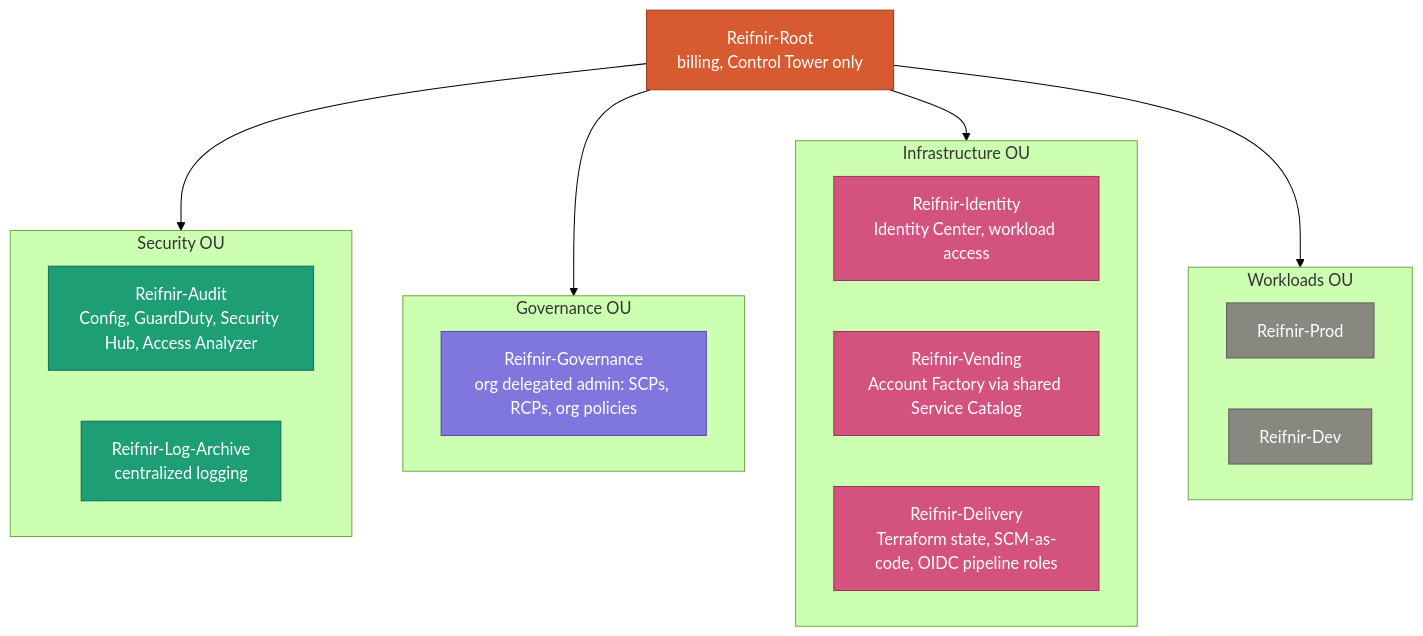
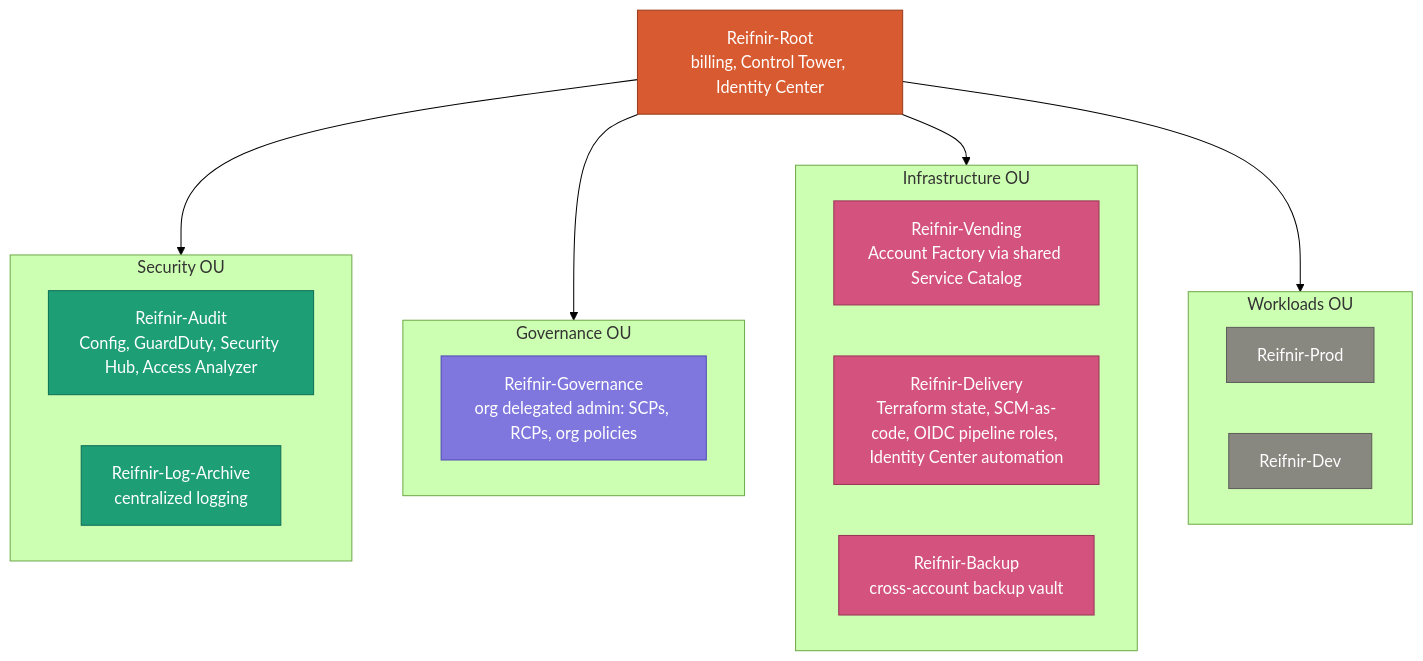
One commit to reifnir/iac-aws-organization-org-build-out changed the diagram in README.md. Above: the diagram before and after it, drawn with Mermaid (forest theme). The commit also changed other lines of this file, not shown here.

````diff
--- a/README.md
+++ b/README.md
@@ -23,41 +23,41 @@
 ```mermaid
 flowchart TD
-    Root["Reifnir-Root<br/>billing, Control Tower only"]
+    Root["Reifnir-Root<br/>billing, Control Tower, Identity Center"]
 
     subgraph SecOU["Security OU"]
         Audit["Reifnir-Audit<br/>Config, GuardDuty, Security Hub, Access Analyzer"]
         LogArchive["Reifnir-Log-Archive<br/>centralized logging"]
     end
 
     subgraph GovOU["Governance OU"]
         Governance["Reifnir-Governance<br/>org delegated admin: SCPs, RCPs, org policies"]
     end
 
     subgraph InfraOU["Infrastructure OU"]
-        Identity["Reifnir-Identity<br/>Identity Center, workload access"]
         Vending["Reifnir-Vending<br/>Account Factory via shared Service Catalog"]
-        Delivery["Reifnir-Delivery<br/>Terraform state, SCM-as-code, OIDC pipeline roles"]
+        Delivery["Reifnir-Delivery<br/>Terraform state, SCM-as-code, OIDC pipeline roles, Identity Center automation"]
+        Backup["Reifnir-Backup<br/>cross-account backup vault"]
     end
 
     subgraph WorkOU["Workloads OU"]
         Prod["Reifnir-Prod"]
         Dev["Reifnir-Dev"]
     end
 
     Root --> SecOU
     Root --> GovOU
     Root --> InfraOU
     Root --> WorkOU
 
     classDef mgmt fill:#D85A30,stroke:#993C1D,color:#ffffff
     classDef detective fill:#1D9E75,stroke:#0F6E56,color:#ffffff
     classDef policy fill:#7F77DD,stroke:#534AB7,color:#ffffff
     classDef infra fill:#D4537E,stroke:#993556,color:#ffffff
     classDef workload fill:#888780,stroke:#5F5E5A,color:#ffffff
 
     class Root mgmt
     class Audit,LogArchive detective
     class Governance policy
-    class Identity,Vending,Delivery infra
+    class Vending,Delivery,Backup infra
     class Prod,Dev workload
 ```
````
